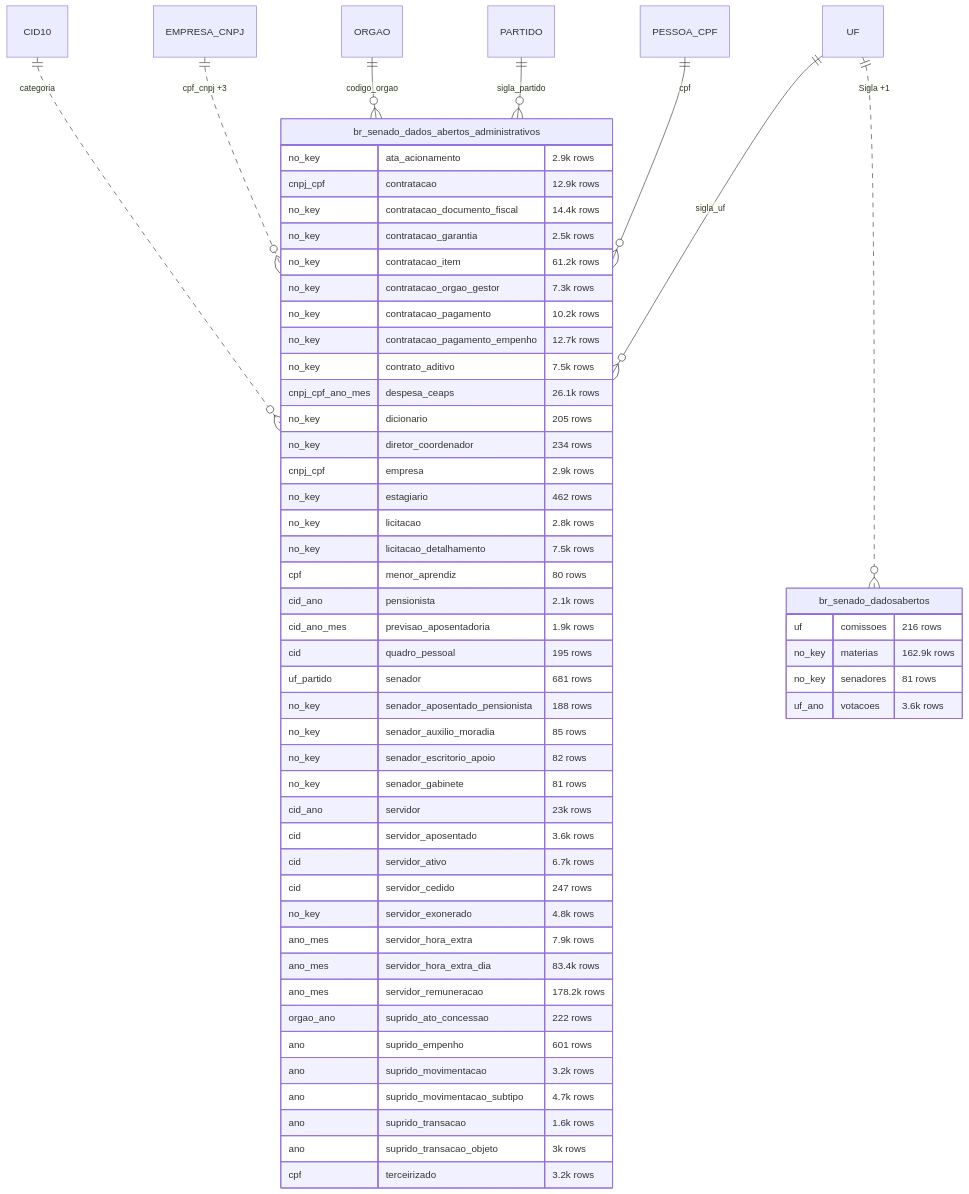
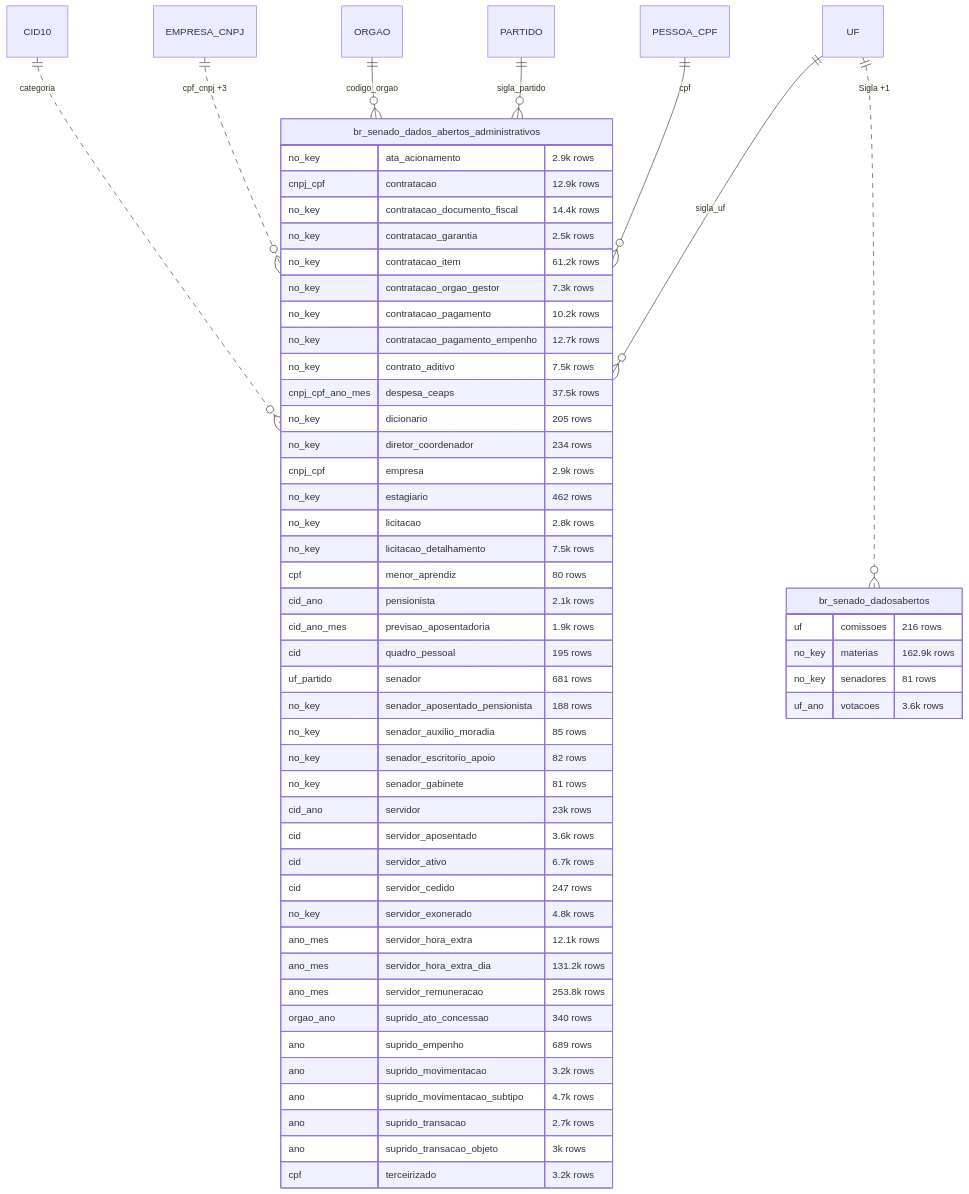
Diagram 18 of 30 in docs/mapa/ERD_EN.md (rafapolo/rodado), drawn with Mermaid before and after one commit. The commit also changed other lines of this file and 7 other files, not shown here.

````diff
--- a/docs/mapa/ERD_EN.md
+++ b/docs/mapa/ERD_EN.md
@@ -1532,58 +1677,58 @@
 ```mermaid
 erDiagram
     CID10 ||..o{ br_senado_dados_abertos_administrativos : "categoria"
     EMPRESA_CNPJ ||..o{ br_senado_dados_abertos_administrativos : "cpf_cnpj +3"
     ORGAO ||--o{ br_senado_dados_abertos_administrativos : "codigo_orgao"
     PARTIDO ||--o{ br_senado_dados_abertos_administrativos : "sigla_partido"
     PESSOA_CPF ||--o{ br_senado_dados_abertos_administrativos : "cpf"
     UF ||--o{ br_senado_dados_abertos_administrativos : "sigla_uf"
     UF ||..o{ br_senado_dadosabertos : "Sigla +1"
     br_senado_dados_abertos_administrativos {
         no_key ata_acionamento "2.9k rows"
         cnpj_cpf contratacao "12.9k rows"
         no_key contratacao_documento_fiscal "14.4k rows"
         no_key contratacao_garantia "2.5k rows"
         no_key contratacao_item "61.2k rows"
         no_key contratacao_orgao_gestor "7.3k rows"
         no_key contratacao_pagamento "10.2k rows"
         no_key contratacao_pagamento_empenho "12.7k rows"
         no_key contrato_aditivo "7.5k rows"
-        cnpj_cpf_ano_mes despesa_ceaps "26.1k rows"
+        cnpj_cpf_ano_mes despesa_ceaps "37.5k rows"
         no_key dicionario "205 rows"
         no_key diretor_coordenador "234 rows"
         cnpj_cpf empresa "2.9k rows"
         no_key estagiario "462 rows"
         no_key licitacao "2.8k rows"
         no_key licitacao_detalhamento "7.5k rows"
         cpf menor_aprendiz "80 rows"
         cid_ano pensionista "2.1k rows"
         cid_ano_mes previsao_aposentadoria "1.9k rows"
         cid quadro_pessoal "195 rows"
         uf_partido senador "681 rows"
         no_key senador_aposentado_pensionista "188 rows"
         no_key senador_auxilio_moradia "85 rows"
         no_key senador_escritorio_apoio "82 rows"
         no_key senador_gabinete "81 rows"
         cid_ano servidor "23k rows"
         cid servidor_aposentado "3.6k rows"
         cid servidor_ativo "6.7k rows"
         cid servidor_cedido "247 rows"
         no_key servidor_exonerado "4.8k rows"
-        ano_mes servidor_hora_extra "7.9k rows"
-        ano_mes servidor_hora_extra_dia "83.4k rows"
-        ano_mes servidor_remuneracao "178.2k rows"
-        orgao_ano suprido_ato_concessao "222 rows"
-        ano suprido_empenho "601 rows"
+        ano_mes servidor_hora_extra "12.1k rows"
+        ano_mes servidor_hora_extra_dia "131.2k rows"
+        ano_mes servidor_remuneracao "253.8k rows"
+        orgao_ano suprido_ato_concessao "340 rows"
+        ano suprido_empenho "689 rows"
         ano suprido_movimentacao "3.2k rows"
         ano suprido_movimentacao_subtipo "4.7k rows"
-        ano suprido_transacao "1.6k rows"
+        ano suprido_transacao "2.7k rows"
         ano suprido_transacao_objeto "3k rows"
         cpf terceirizado "3.2k rows"
     }
     br_senado_dadosabertos {
         uf comissoes "216 rows"
         no_key materias "162.9k rows"
         no_key senadores "81 rows"
         uf_ano votacoes "3.6k rows"
     }
 ```
````
